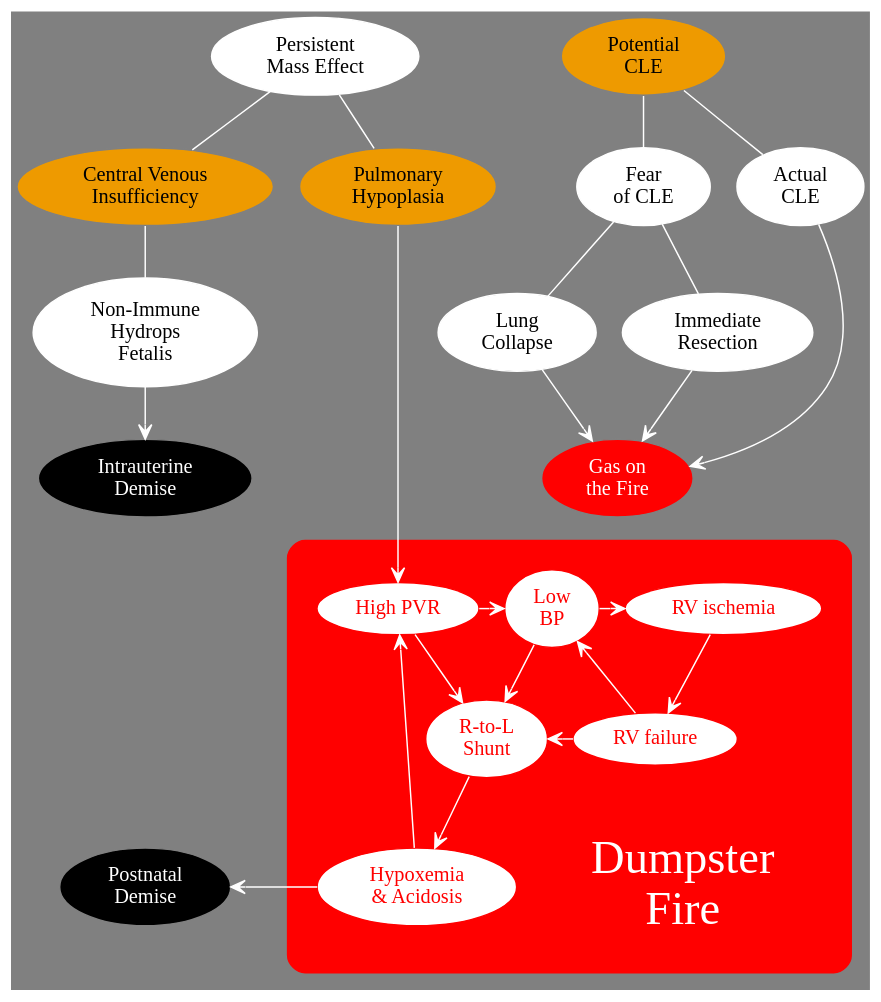
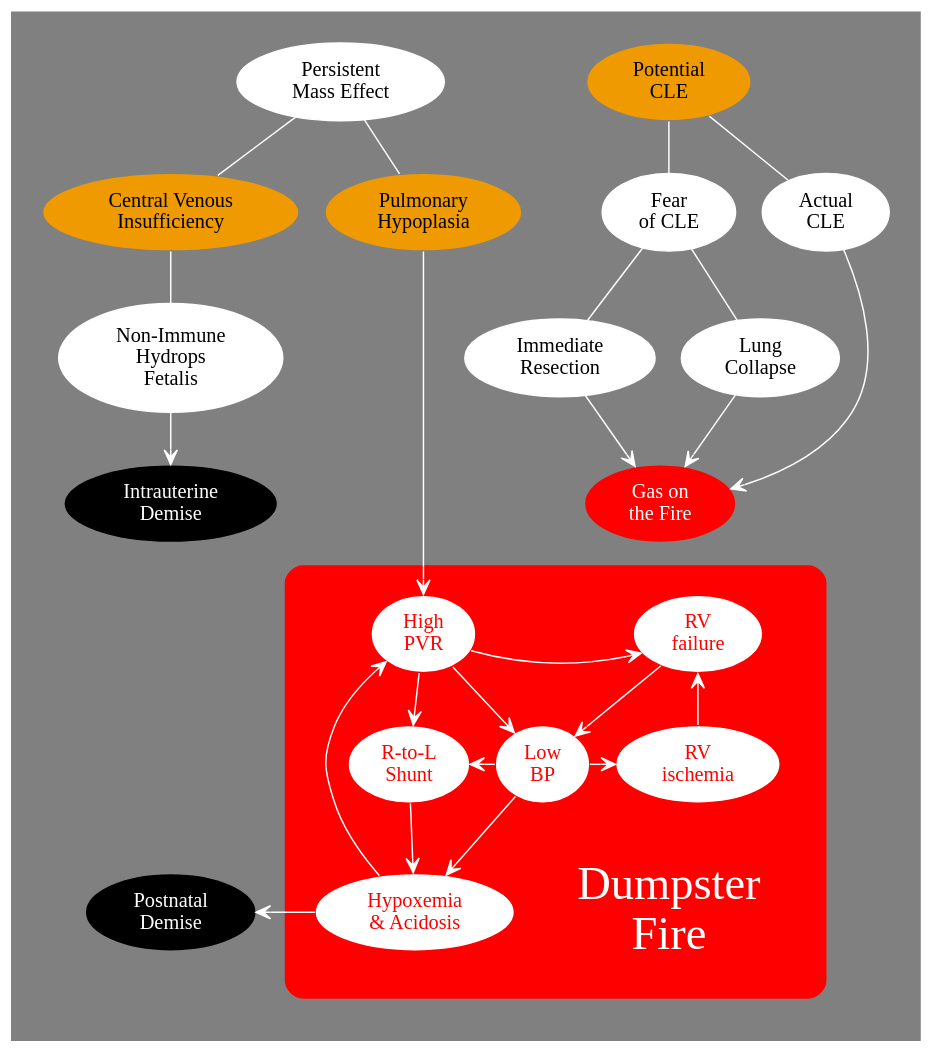
Before and after one commit to mdtsandman/CLO: the diagram in dumpster-fire.dot, drawn with Graphviz. The commit also changed 2 other files, not shown here.

```diff
--- a/dumpster-fire.dot
+++ b/dumpster-fire.dot
@@ -1,84 +1,88 @@
 digraph Risks {
 
+pad=0.3;
 rankdir=TB;
 newrank=true;
 compound=true;
 bgcolor=grey;
 
 node [color=white style=filled fillcolor=white];
 edge [arrowhead=none color=white];
 
 PME [label="Persistent\nMass Effect"];
 PHP [label="Pulmonary\nHypoplasia" fillcolor=orange2 color=grey];
 CVP [label="Central Venous\nInsufficiency" fillcolor=orange2 color=grey];
 MaybeCLE [label="Potential\nCLE" fillcolor=orange2 color=grey];
 NIHF [label="Non-Immune\nHydrops\nFetalis"];
 OR [label="Immediate\nResection"];
 Fear [label="Fear\nof CLE"];
 FRC [label="Lung\nCollapse"];
 CLE [label="Actual\nCLE"];
 IUD [label="Intrauterine\nDemise" style=filled fillcolor=black color=grey fontcolor=white];
 Death [label="Postnatal\nDemise" style=filled fillcolor=black color=grey fontcolor=white];
 Catalyst [label="Gas on\nthe Fire" fontcolor=white style=filled fillcolor=red color=grey];
 Dummy1 [style=invis];
 Dummy2 [style=invis];
 
 subgraph ClusterFuck {
 
 	style=rounded;
 	margin=20;
 	color=red;
 	bgcolor=red;
 
 	node [fillcolor=white color=red fontcolor=red];
 	edge [arrowhead=vee color=white];
 
 	Label [label="Dumpster\nFire" shape=box fontsize=32 fontcolor=white fillcolor=red color=red];
 
-	RVI [label="RV ischemia"];
-	RVF [label="RV failure"];
-	
-	PHTN [label="High PVR"];
+	RVI [label="RV\nischemia"];
+	RVF [label="RV\nfailure"];
+	PHTN [label="High\nPVR"];
 	Shunt [label="R-to-L\nShunt"];
 	LowBP [label="Low\nBP"];
 	Badness [label="Hypoxemia\n& Acidosis"];
-	PHTN -> LowBP -> Shunt -> Badness;
-	PHTN -> Shunt;
-	Badness -> PHTN;
-	RVF -> LowBP;
-	RVF -> Shunt;
+
+	PHTN -> LowBP -> Badness -> PHTN;
+	PHTN -> Shunt -> Badness;
+	PHTN -> RVF;
 	LowBP -> RVI;
-	RVI -> RVF;
+	RVI -> RVF [weight=150];
+	RVF -> LowBP [weight=100];
+	LowBP -> Shunt;
 
-	{rank=same PHTN LowBP RVI};
-	{rank=same RVF Shunt};
+	PHTN -> RVF [style=invis];
+
+	{rank=same PHTN RVF};
+	{rank=same LowBP Shunt};
+	{rank=same RVI Shunt};
 	{rank=same Badness Label};
 
 }
 
 {rank=same PME MaybeCLE};
 {rank=same CVP PHP Fear CLE};
 {rank=same NIHF FRC OR};
 {rank=same IUD Catalyst};
 {rank=same Dummy1 PHTN};
 {rank=same Dummy2 Shunt};
 {rank=same Death Badness};
 
 
 PME -> {CVP PHP};
 CVP -> NIHF [weight=100];
 NIHF -> IUD [arrowhead=vee weight=100];
 MaybeCLE -> {Fear CLE};
 Fear -> {FRC OR};
 PHP -> PHTN [arrowhead=vee weight=200]
 {FRC OR} -> Catalyst [arrowhead=vee weight=100];
 CLE -> Catalyst [arrowhead=vee];
 Catalyst -> PHTN [style=invis arrowhead=vee];
 Badness -> Death [arrowhead=vee];
 
 PHP -> MaybeCLE [style=invis];
 Fear -> CLE [style=invis];
 CVP -> PHP [style=invis weight=300];
 IUD -> Dummy1 -> Dummy2 -> Death [style=invis weight=200];
 
 }
```
